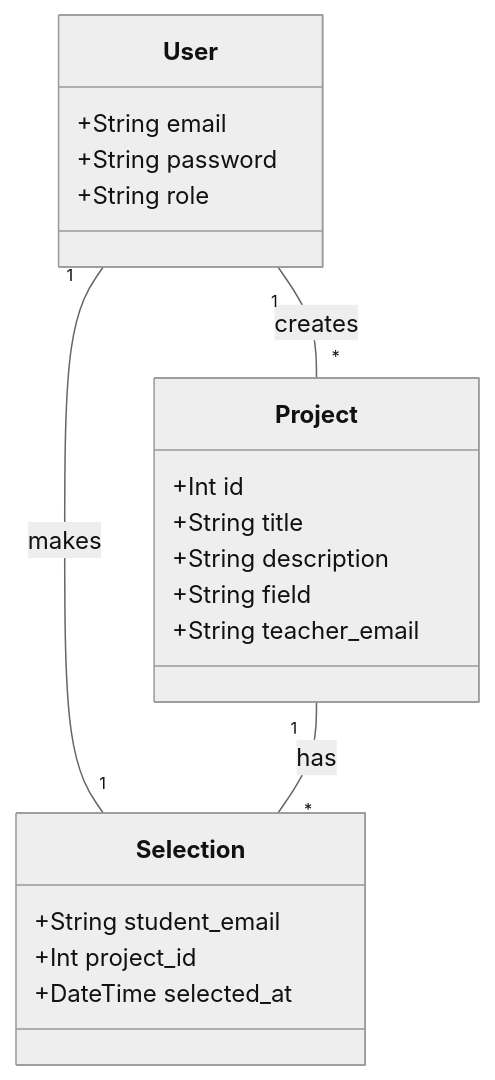
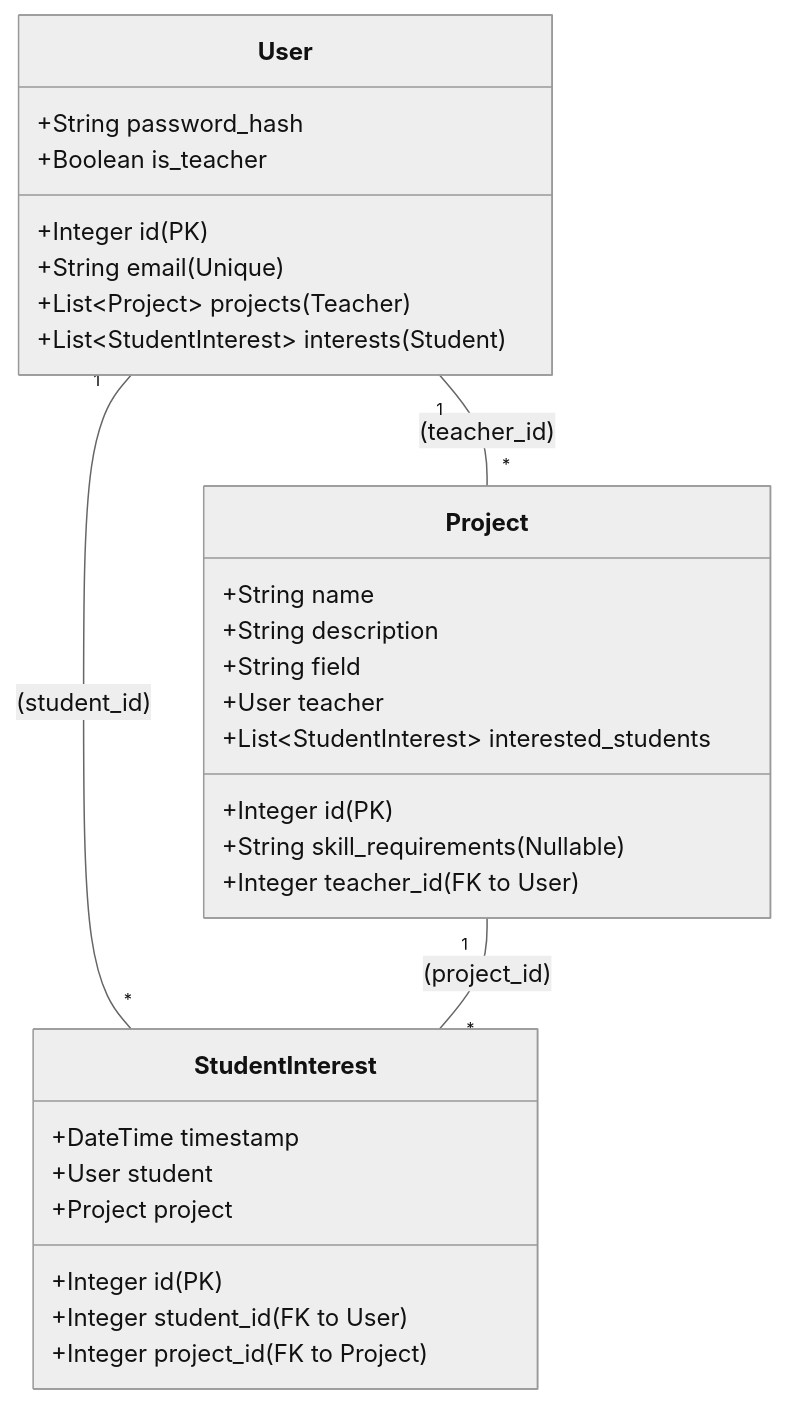
The third of 3 diagrams in 项目开发手册.md (Revolt3738/32933-AI-Project-Match), drawn with Mermaid (neutral theme) before and after one commit. The commit also changed other lines of this file and 2 other files, not shown here.

Commit message:
Documentation: Update Mermaid diagrams and improve formatted documentation

````diff
--- a/项目开发手册.md
+++ b/项目开发手册.md
@@ -147,26 +184,35 @@
 ```mermaid
 classDiagram
     class User {
-        +String email
-        +String password
-        +String role
+        +Integer id (PK)
+        +String email (Unique)
+        +String password_hash
+        +Boolean is_teacher
+        +List~Project~ projects (Teacher)
+        +List~StudentInterest~ interests (Student)
     }
-  
+
     class Project {
-        +Int id
-        +String title
+        +Integer id (PK)
+        +String name
         +String description
         +String field
-        +String teacher_email
+        +String skill_requirements (Nullable)
+        +Integer teacher_id (FK to User)
+        +User teacher
+        +List~StudentInterest~ interested_students
     }
-  
-    class Selection {
-        +String student_email
-        +Int project_id
-        +DateTime selected_at
+
+    class StudentInterest {
+        +Integer id (PK)
+        +Integer student_id (FK to User)
+        +Integer project_id (FK to Project)
+        +DateTime timestamp
+        +User student
+        +Project project
     }
-  
-    User "1" -- "*" Project : creates
-    User "1" -- "1" Selection : makes
-    Project "1" -- "*" Selection : has
+
+    User "1" -- "*" Project : (teacher_id)
+    User "1" -- "*" StudentInterest : (student_id)
+    Project "1" -- "*" StudentInterest : (project_id)
 ```
````
